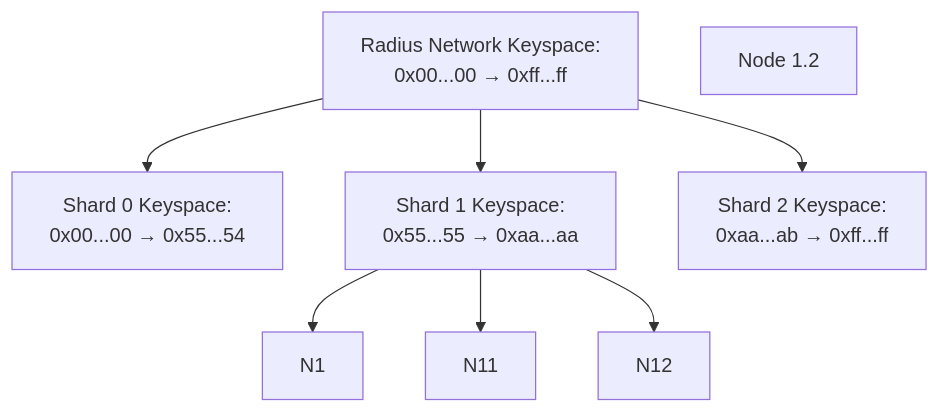
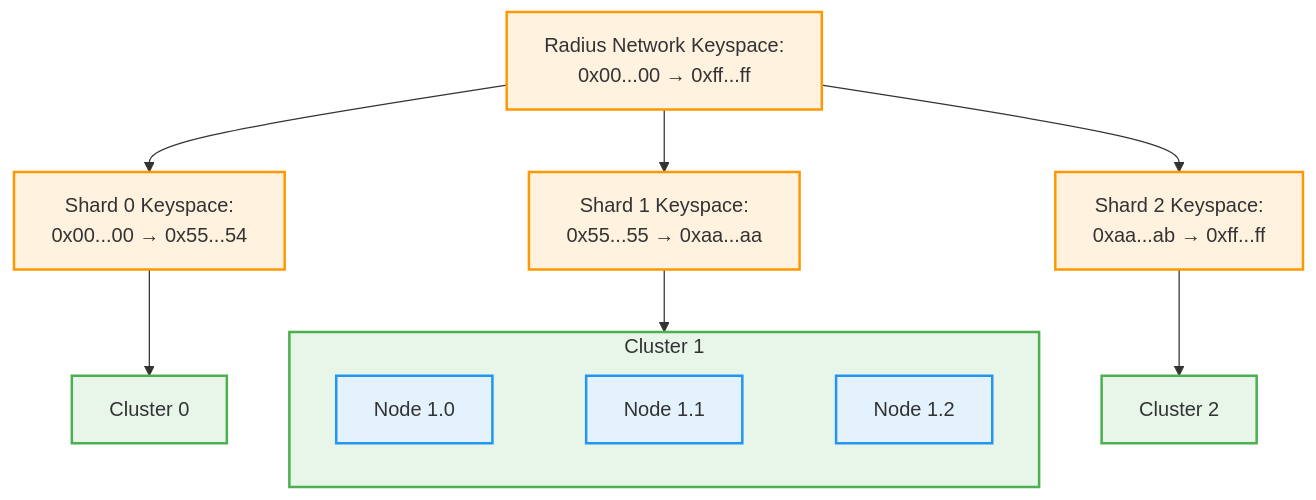
One commit to ryanRfox/dev-docs changed the first of 5 diagrams in docs/pages/differentiators/architected-for-scale.mdx. Above: the diagram before and after it, drawn with Mermaid. The commit also changed other lines of this file and 1 other file, not shown here.

Commit message:
feat(docs): enhance mermaid diagrams and fix stale link
- Add color-coded styling to state sharding diagram (keyspace/cluster/node)
- Use subgraph to group cluster nodes horizontally
- Add parallel execution diagram for transaction processing
- Fix stablecoin-native-fees link (was marked "coming soon")

````diff
--- a/docs/pages/differentiators/architected-for-scale.mdx
+++ b/docs/pages/differentiators/architected-for-scale.mdx
@@ -29,16 +29,28 @@
 ```mermaid
 flowchart TB
     K["Radius Network Keyspace:<br/>0x00...00 → 0xff...ff"]
 
     K --> S0 & S1 & S2
 
     S0["Shard 0 Keyspace:<br/>0x00...00 → 0x55...54"]
     S1["Shard 1 Keyspace:<br/>0x55...55 → 0xaa...aa"]
     S2["Shard 2 Keyspace:<br/>0xaa...ab → 0xff...ff"]
 
-    S1 --> N1 & N11 & N12
+    S0 --> CS0["Cluster 0"]
 
-    N10["Node 1.0"]
-    N10["Node 1.1"]
-    N10["Node 1.2"]
+    subgraph C1["Cluster 1"]
+        direction LR
+        N1["Node 1.0"] ~~~ N11["Node 1.1"] ~~~ N12["Node 1.2"]
+    end
+    S1 --> C1
+
+    S2 --> CS2["Cluster 2"]
+
+    classDef shard fill:#fff3e0,stroke:#ff9800,stroke-width:2px
+    classDef cluster fill:#e8f5e9,stroke:#4caf50,stroke-width:2px
+    classDef node fill:#e3f2fd,stroke:#2196f3,stroke-width:2px
+
+    class K,S0,S1,S2 shard
+    class CS0,C1,CS2 cluster
+    class N1,N11,N12 node
 ```
````
